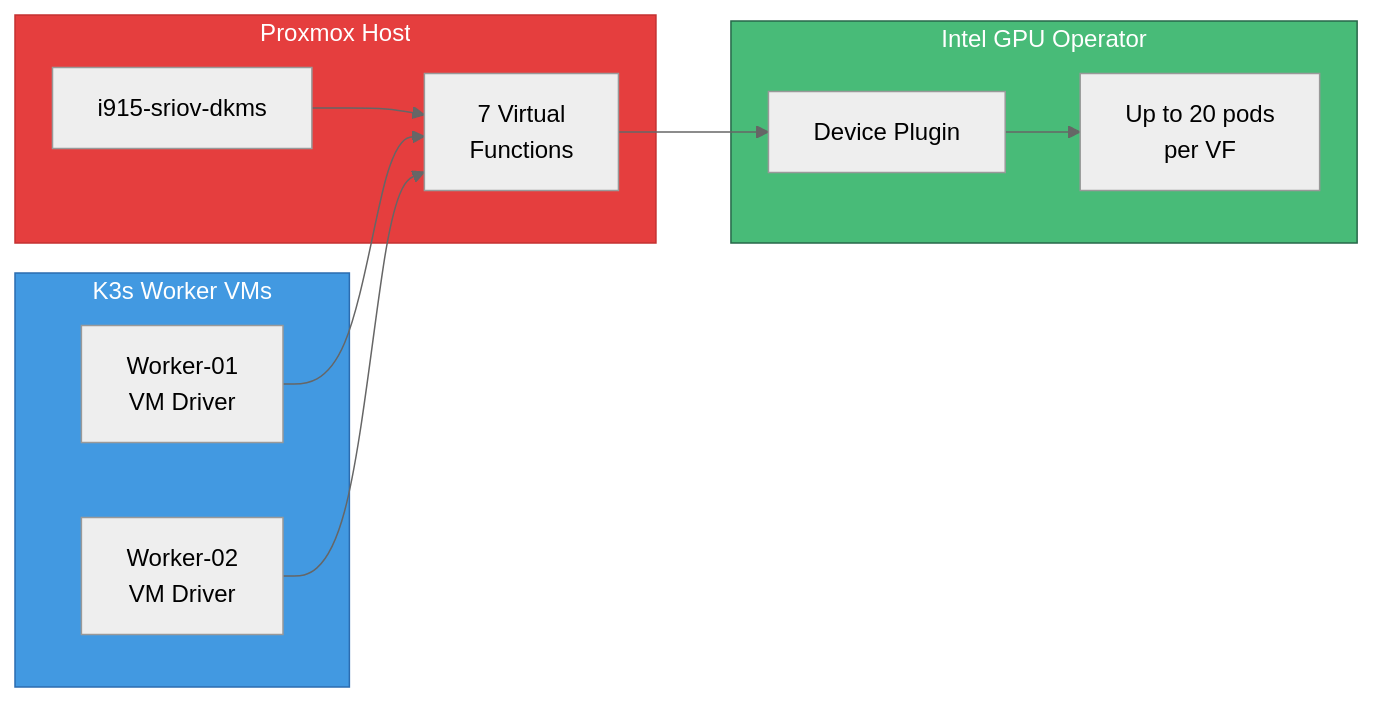
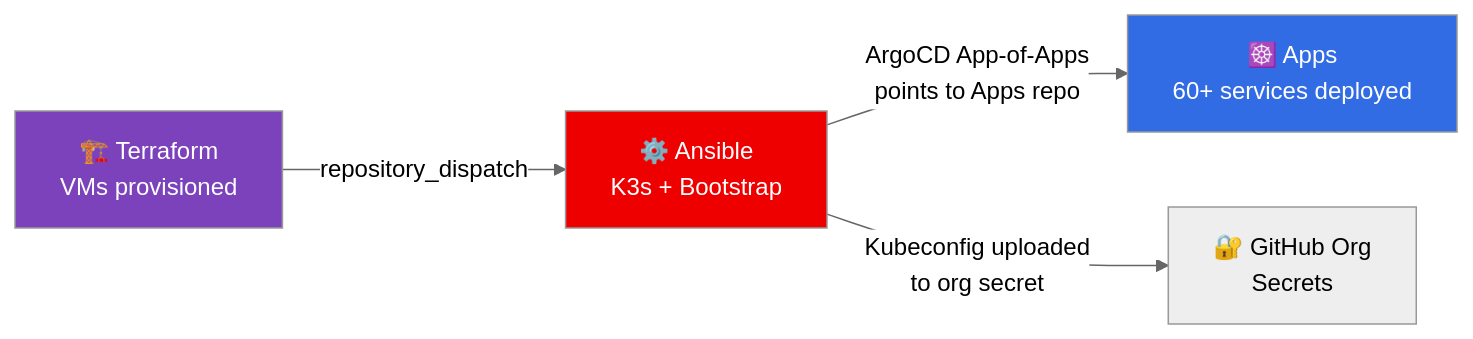
One commit to Starktastic-Homelab/ansible changed the fourth of 4 diagrams in README.md. Above: the diagram before and after it, drawn with Mermaid (neutral theme). The commit also changed other lines of this file, not shown here.

Commit message:
docs: rewrite README with diagrams and pipeline documentation

````diff
--- a/README.md
+++ b/README.md
@@ -245,21 +254,10 @@
 ```mermaid
 flowchart LR
-    subgraph pve["Proxmox Host"]
-        Driver["i915-sriov-dkms"] --> VFs["7 Virtual\nFunctions"]
-    end
+    TF["🏗️ Terraform\nVMs provisioned"] -->|repository_dispatch| AN["⚙️ Ansible\nK3s + Bootstrap"]
+    AN -->|"ArgoCD App-of-Apps\npoints to Apps repo"| APPS["☸️ Apps\n60+ services deployed"]
+    AN -->|"Kubeconfig uploaded\nto org secret"| GH["🔐 GitHub Org\nSecrets"]
 
-    subgraph vms["K3s Worker VMs"]
-        VM1["Worker-01\nVM Driver"] --> VFs
-        VM2["Worker-02\nVM Driver"] --> VFs
-    end
-
-    subgraph intel["Intel GPU Operator"]
-        Operator["Device Plugin"] --> Pods["Up to 20 pods\nper VF"]
-    end
-
-    VFs --> Operator
-
-    style pve fill:#e53e3e,stroke:#c53030,color:#fff
-    style vms fill:#4299e1,stroke:#2b6cb0,color:#fff
-    style intel fill:#48bb78,stroke:#276749,color:#fff
+    style TF fill:#7B42BC,color:#fff
+    style AN fill:#EE0000,color:#fff
+    style APPS fill:#326CE5,color:#fff
 ```
````
